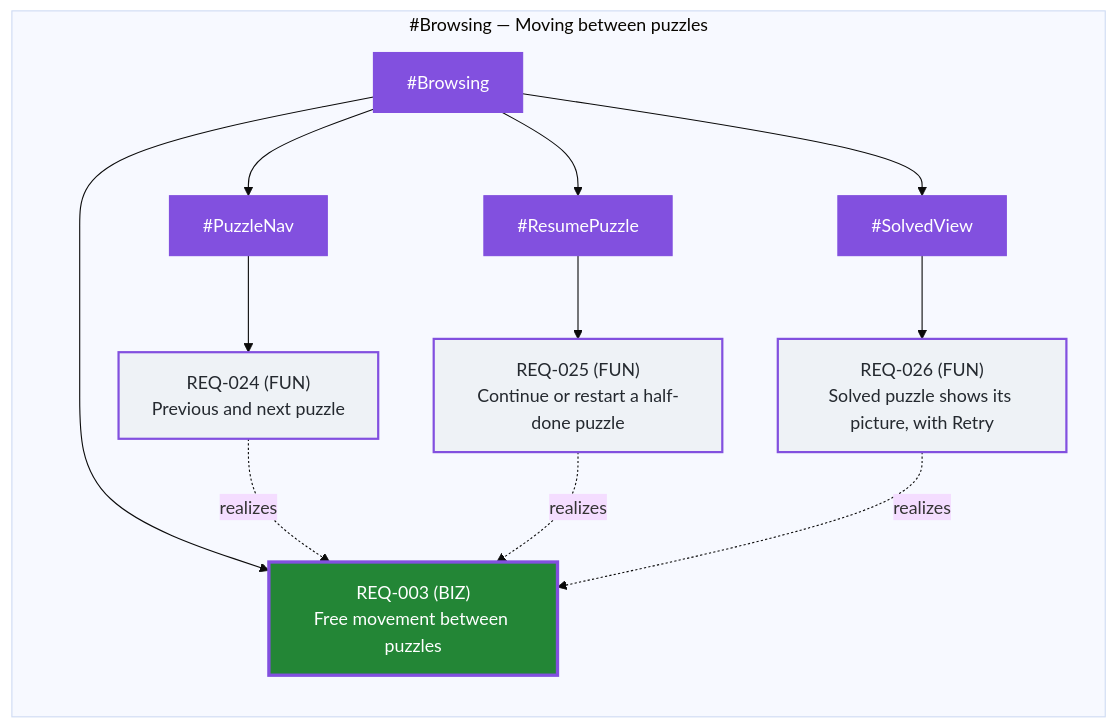
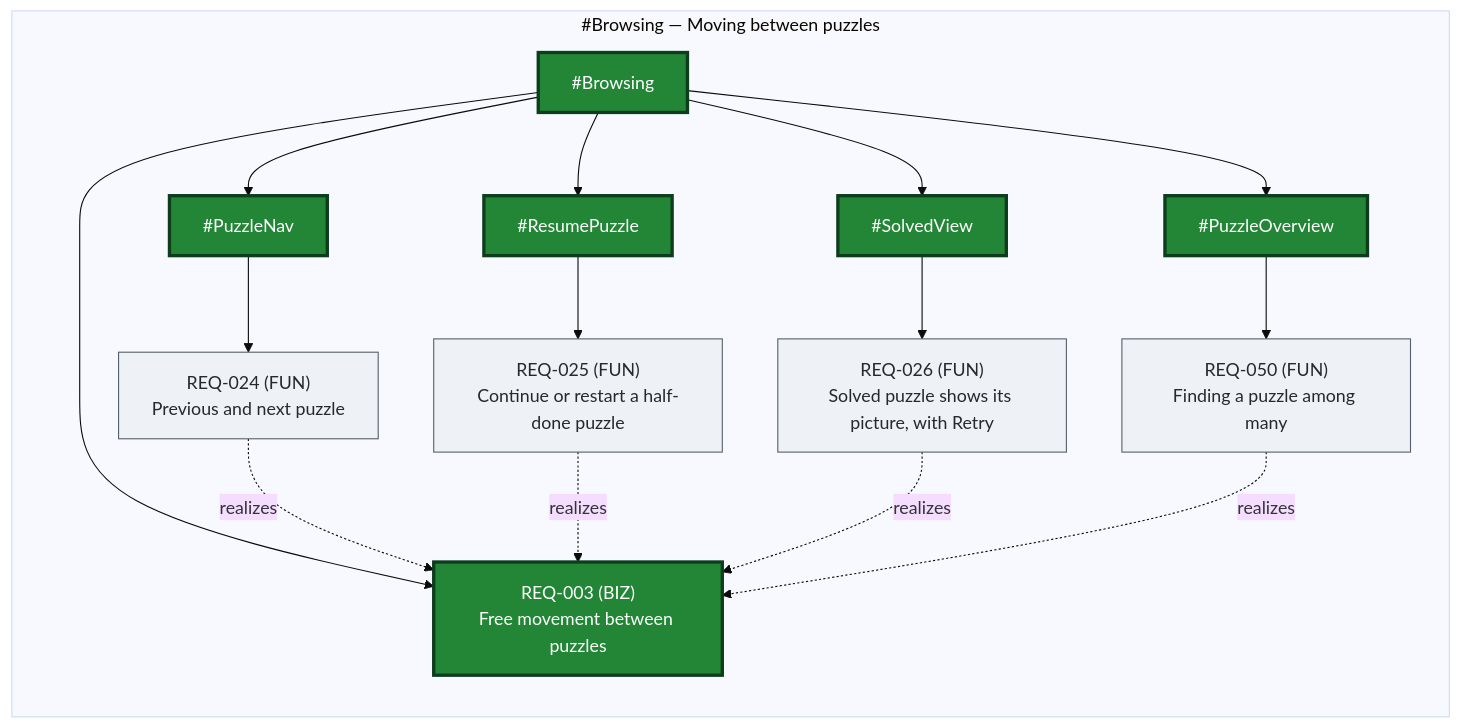
Before and after one commit to jamisuni/TangramNoAds: the diagram in Requirements/views/feature-map-Browsing.md, drawn with Mermaid (base theme). The commit also changed 111 other files, not shown here.

````diff
--- a/Requirements/views/feature-map-Browsing.md
+++ b/Requirements/views/feature-map-Browsing.md
@@ -7,38 +7,43 @@
 ```mermaid
 flowchart LR
   subgraph sg_Browsing ["#Browsing — Moving between puzzles"]
-    Browsing["#Browsing"]:::featAi
-    REQ-003["REQ-003 (BIZ)<br/>Free movement between puzzles"]:::bizAi
-    PuzzleNav["#PuzzleNav"]:::featAi
-    REQ-024["REQ-024 (FUN)<br/>Previous and next puzzle"]:::funAi
-    ResumePuzzle["#ResumePuzzle"]:::featAi
-    REQ-025["REQ-025 (FUN)<br/>Continue or restart a half-done puzzle"]:::funAi
-    SolvedView["#SolvedView"]:::featAi
-    REQ-026["REQ-026 (FUN)<br/>Solved puzzle shows its picture, with Retry"]:::funAi
+    Browsing["#Browsing"]:::featLock
+    REQ-003["REQ-003 (BIZ)<br/>Free movement between puzzles"]:::biz
+    PuzzleNav["#PuzzleNav"]:::featLock
+    REQ-024["REQ-024 (FUN)<br/>Previous and next puzzle"]:::fun
+    ResumePuzzle["#ResumePuzzle"]:::featLock
+    REQ-025["REQ-025 (FUN)<br/>Continue or restart a half-done puzzle"]:::fun
+    SolvedView["#SolvedView"]:::featLock
+    REQ-026["REQ-026 (FUN)<br/>Solved puzzle shows its picture, with Retry"]:::fun
+    PuzzleOverview["#PuzzleOverview"]:::featLock
+    REQ-050["REQ-050 (FUN)<br/>Finding a puzzle among many"]:::fun
   end
   Browsing --> REQ-003
   Browsing --> PuzzleNav
   PuzzleNav --> REQ-024
   Browsing --> ResumePuzzle
   ResumePuzzle --> REQ-025
   Browsing --> SolvedView
   SolvedView --> REQ-026
+  Browsing --> PuzzleOverview
+  PuzzleOverview --> REQ-050
   REQ-024 -.->|realizes| REQ-003
   REQ-025 -.->|realizes| REQ-003
   REQ-026 -.->|realizes| REQ-003
+  REQ-050 -.->|realizes| REQ-003
   classDef feat fill:#1f6feb,color:#fff,stroke:#1f6feb
   classDef featIdea fill:#dbe4f3,color:#24292f,stroke:#1f6feb,stroke-dasharray: 4 3
   classDef featSpec fill:#0d5c2f,color:#fff,stroke:#0d5c2f
   classDef featLock fill:#238636,color:#fff,stroke:#0d3d1c,stroke-width:3px
   classDef biz fill:#238636,color:#fff,stroke:#0d3d1c,stroke-width:3px
   classDef fun fill:#eef2f6,color:#24292f,stroke:#57606a
   classDef ui fill:#fff8c5,color:#24292f,stroke:#9a6700
   classDef bizInf fill:#238636,color:#fff,stroke:#cf222e,stroke-dasharray: 5 5
   classDef funInf fill:#eef2f6,color:#24292f,stroke:#cf222e,stroke-dasharray: 5 5
   classDef uiInf fill:#fff8c5,color:#24292f,stroke:#cf222e,stroke-dasharray: 5 5
   classDef withdrawn fill:#f6f8fa,color:#8c959f,stroke:#8c959f,stroke-dasharray: 2 2
   classDef featAi fill:#8250df,color:#fff,stroke:#8250df
   classDef bizAi fill:#238636,color:#fff,stroke:#8250df,stroke-width:3px
   classDef funAi fill:#eef2f6,color:#24292f,stroke:#8250df,stroke-width:2px
   classDef uiAi fill:#fff8c5,color:#24292f,stroke:#8250df,stroke-width:2px
 ```
````
